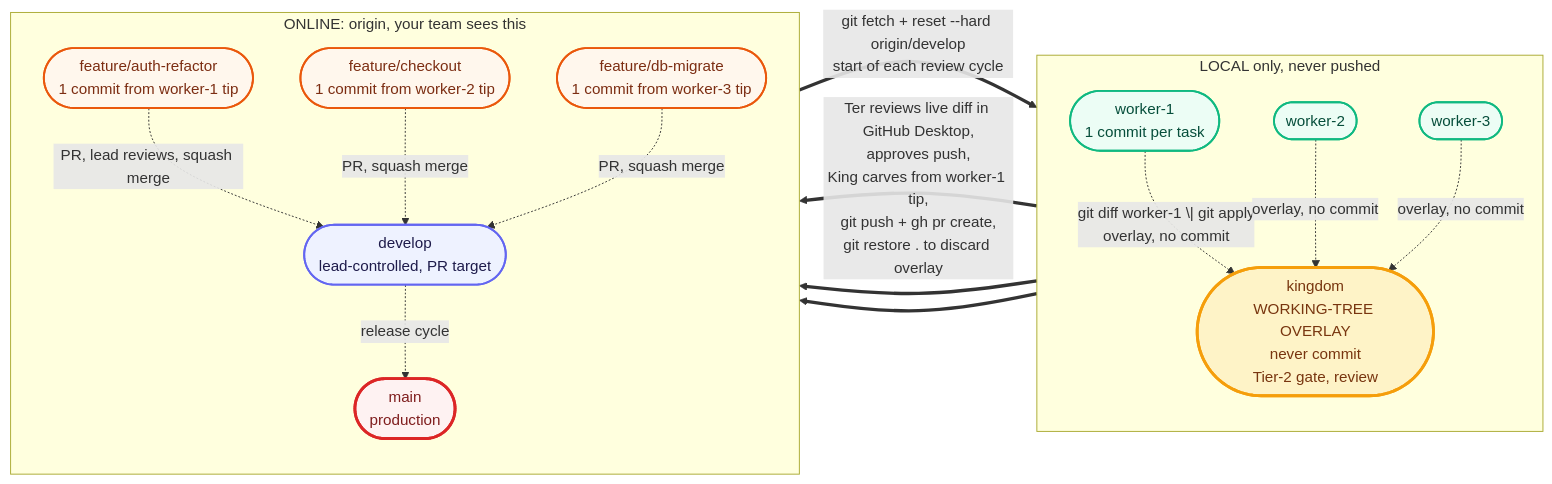
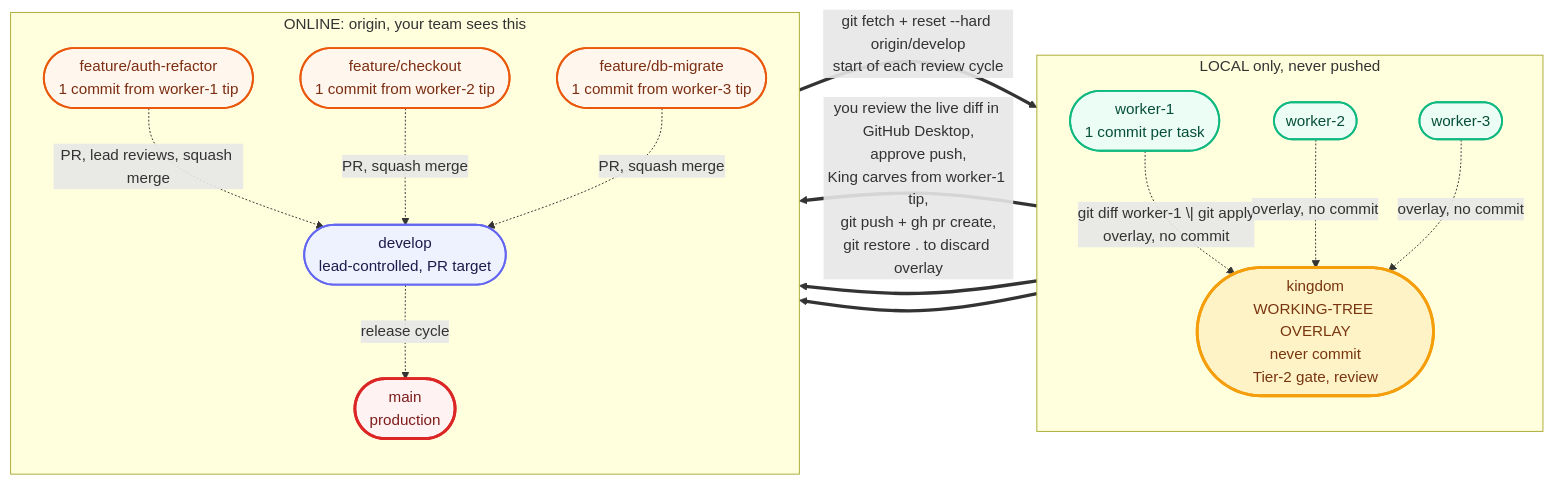
One commit to chatthong/kingdom changed the diagram in docs/branch-model.md. Above: the diagram before and after it, drawn with Mermaid. The commit also changed other lines of this file and 77 other files, not shown here.

````diff
--- a/docs/branch-model.md
+++ b/docs/branch-model.md
@@ -11,46 +13,46 @@
 ```mermaid
 graph LR
     subgraph LOCAL ["LOCAL only, never pushed"]
         direction TB
         W1([worker-1<br/>1 commit per task])
         W2([worker-2])
         W3([worker-3])
         K([kingdom<br/>WORKING-TREE OVERLAY<br/>never commit<br/>Tier-2 gate, review])
 
         W1 -.->|"git diff worker-1 \| git apply<br/>overlay, no commit"| K
         W2 -.->|"overlay, no commit"| K
         W3 -.->|"overlay, no commit"| K
     end
 
     subgraph ONLINE ["ONLINE: origin, your team sees this"]
         direction TB
         DEV([develop<br/>lead-controlled, PR target])
         F1([feature/auth-refactor<br/>1 commit from worker-1 tip])
         F2([feature/checkout<br/>1 commit from worker-2 tip])
         F3([feature/db-migrate<br/>1 commit from worker-3 tip])
         MAIN([main<br/>production])
 
         F1 -.->|"PR, lead reviews, squash merge"| DEV
         F2 -.->|"PR, squash merge"| DEV
         F3 -.->|"PR, squash merge"| DEV
         DEV -.->|"release cycle"| MAIN
     end
 
     DEV ==>|"git fetch + reset --hard origin/develop<br/>start of each review cycle"| K
 
-    W1 ==>|"Ter reviews live diff in GitHub Desktop,<br/>approves push,<br/>King carves from worker-1 tip,<br/>git push + gh pr create,<br/>git restore . to discard overlay"| F1
+    W1 ==>|"you review the live diff in GitHub Desktop,<br/>approve push,<br/>King carves from worker-1 tip,<br/>git push + gh pr create,<br/>git restore . to discard overlay"| F1
     W2 ==> F2
     W3 ==> F3
 
     classDef local fill:#ecfdf5,stroke:#10b981,stroke-width:2px,color:#064e3b
     classDef integration fill:#fef3c7,stroke:#f59e0b,stroke-width:3px,color:#78350f
     classDef online fill:#eef2ff,stroke:#6366f1,stroke-width:2px,color:#1e1b4b
     classDef feature fill:#fff7ed,stroke:#ea580c,stroke-width:2px,color:#7c2d12
     classDef protected fill:#fef2f2,stroke:#dc2626,stroke-width:3px,color:#7f1d1d
 
     class W1,W2,W3 local
     class K integration
     class DEV online
     class F1,F2,F3 feature
     class MAIN protected
 ```
````
